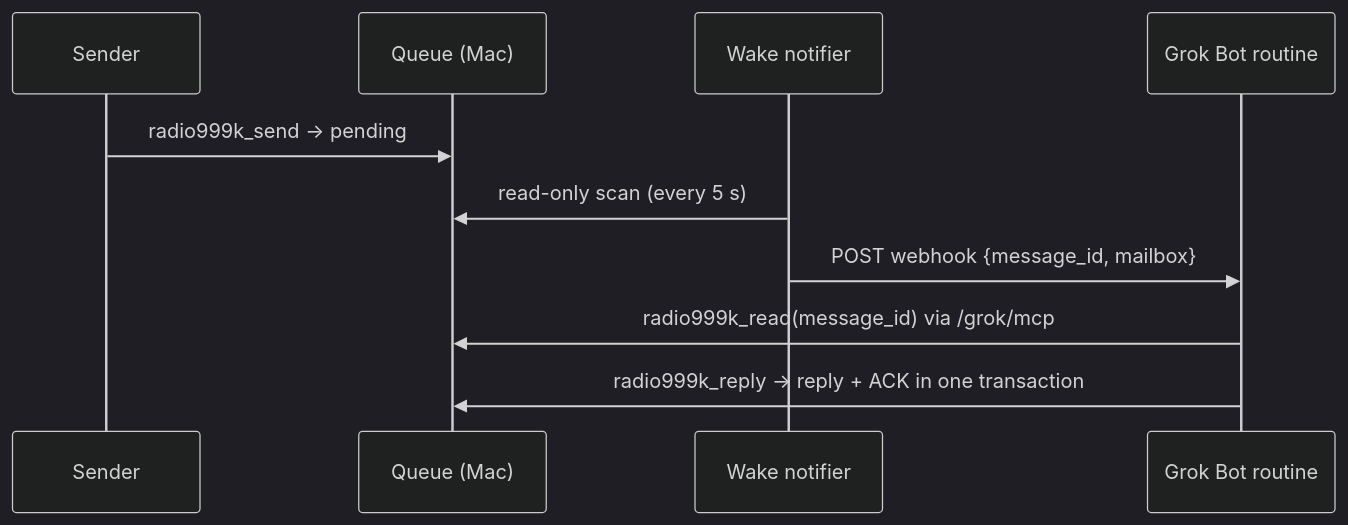
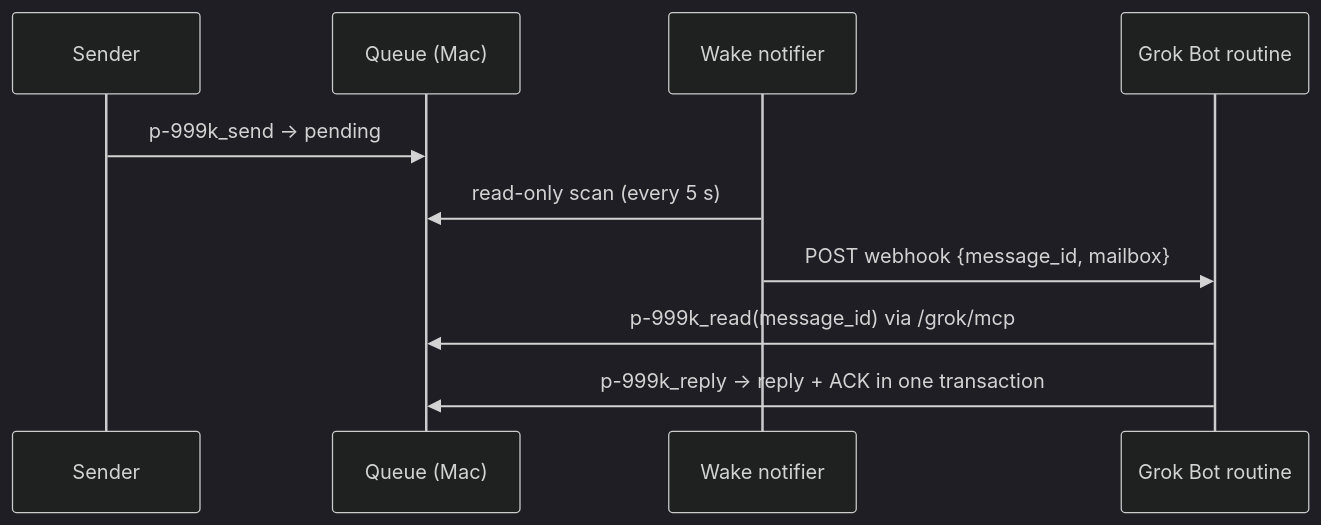
The second of 5 diagrams in docs/architecture.md (lazy9sascha/999k), drawn with Mermaid (dark theme) before and after one commit. The commit also changed other lines of this file and 93 other files, not shown here.

````diff
--- a/docs/architecture.md
+++ b/docs/architecture.md
@@ -70,12 +70,12 @@
 ```mermaid
 sequenceDiagram
     participant S as Sender
     participant Q as Queue (Mac)
     participant W as Wake notifier
     participant G as Grok Bot routine
-    S->>Q: radio999k_send → pending
+    S->>Q: p-999k_send → pending
     W->>Q: read-only scan (every 5 s)
     W->>G: POST webhook {message_id, mailbox}
-    G->>Q: radio999k_read(message_id) via /grok/mcp
-    G->>Q: radio999k_reply → reply + ACK in one transaction
+    G->>Q: p-999k_read(message_id) via /grok/mcp
+    G->>Q: p-999k_reply → reply + ACK in one transaction
 ```
````
